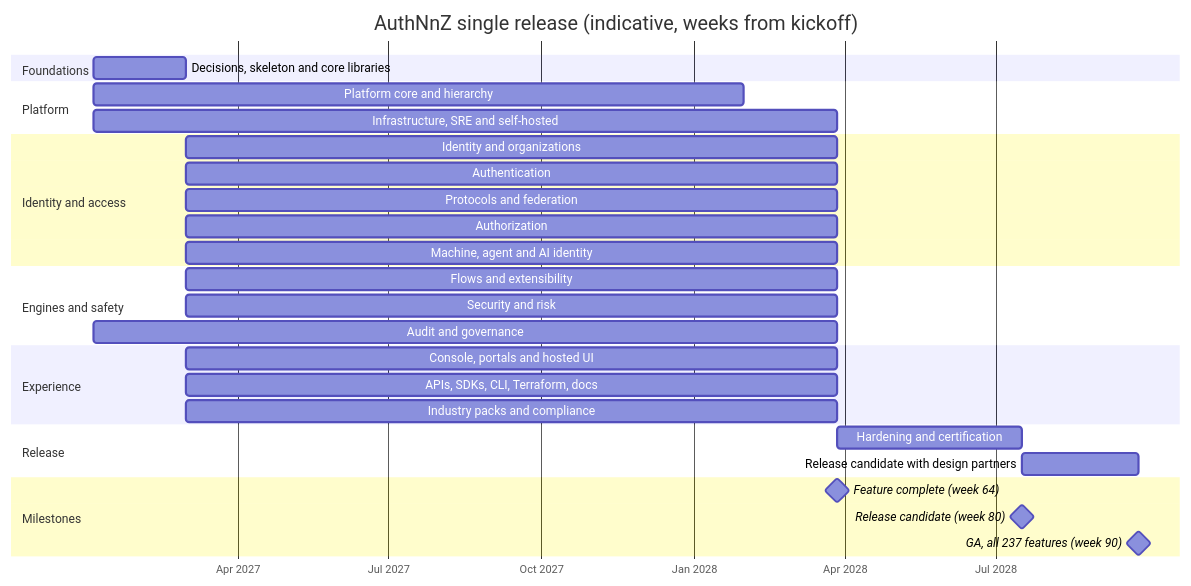
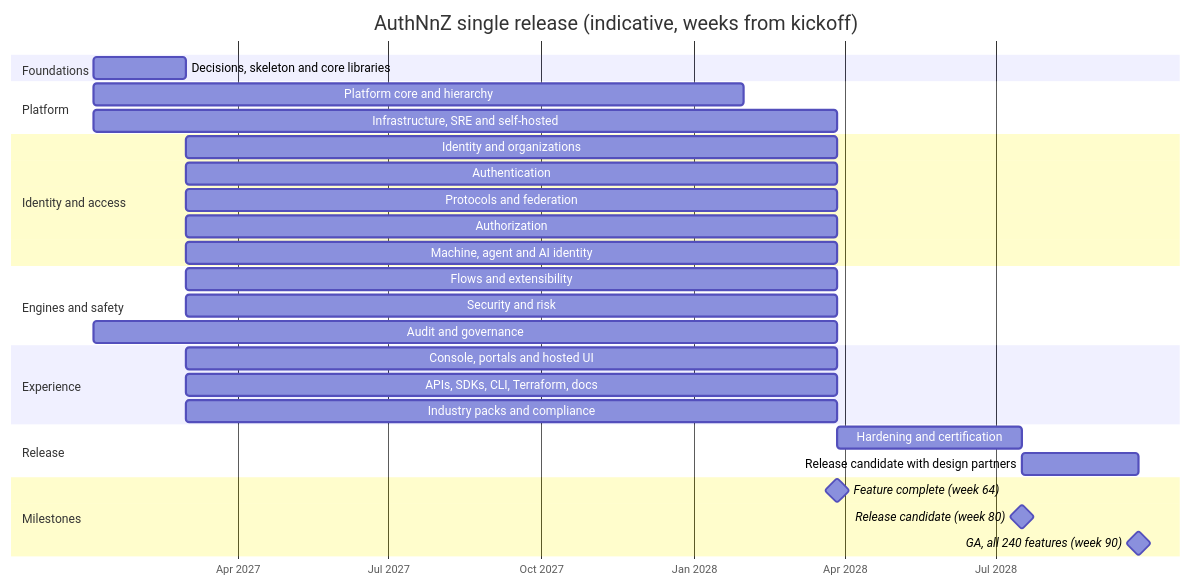
The diagram in docs/plan/05-roadmap-and-delivery.md (antonyrejith/AuthNnZ), drawn with Mermaid before and after one commit. The commit also changed other lines of this file and 7 other files, not shown here.

````diff
--- a/docs/plan/05-roadmap-and-delivery.md
+++ b/docs/plan/05-roadmap-and-delivery.md
@@ -37,32 +37,32 @@
 ```mermaid
 gantt
     title AuthNnZ single release (indicative, weeks from kickoff)
     dateFormat YYYY-MM-DD
     axisFormat %b %Y
     section Foundations
     Decisions, skeleton and core libraries :f, 2027-01-04, 8w
     section Platform
     Platform core and hierarchy          :2027-01-04, 56w
     Infrastructure, SRE and self-hosted  :2027-01-04, 64w
     section Identity and access
     Identity and organizations           :2027-03-01, 56w
     Authentication                       :2027-03-01, 56w
     Protocols and federation             :2027-03-01, 56w
     Authorization                        :2027-03-01, 56w
     Machine, agent and AI identity       :2027-03-01, 56w
     section Engines and safety
     Flows and extensibility              :2027-03-01, 56w
     Security and risk                    :2027-03-01, 56w
     Audit and governance                 :2027-01-04, 64w
     section Experience
     Console, portals and hosted UI       :2027-03-01, 56w
     APIs, SDKs, CLI, Terraform, docs     :2027-03-01, 56w
     Industry packs and compliance        :2027-03-01, 56w
     section Release
     Hardening and certification          :h, 2028-03-27, 16w
     Release candidate with design partners :rc, 2028-07-17, 10w
     section Milestones
     Feature complete (week 64)           :milestone, 2028-03-27, 0d
     Release candidate (week 80)          :milestone, 2028-07-17, 0d
-    GA, all 237 features (week 90)       :milestone, 2028-09-25, 0d
+    GA, all 240 features (week 90)       :milestone, 2028-09-25, 0d
 ```
````
